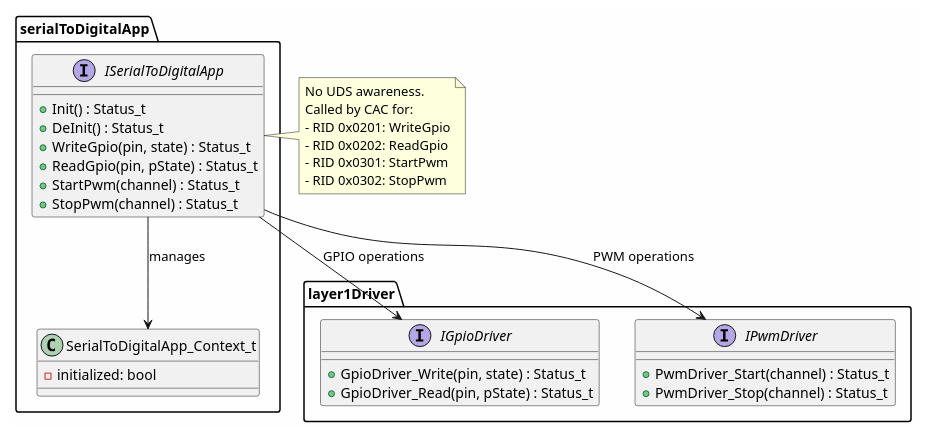
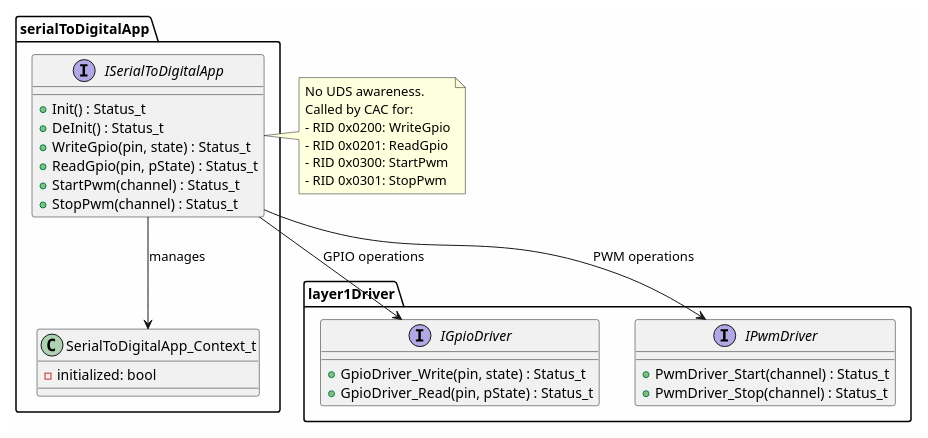
Before and after one commit to LinhTrucVo/Bico_Protocol_Bridge: the diagram in 3_swComp/layer3Application/serialToDigitalApp/2_design/serialToDigitalAppStaticStructure.puml, drawn with PlantUML. The commit also changed 18 other files, not shown here.

```diff
--- a/3_swComp/layer3Application/serialToDigitalApp/2_design/serialToDigitalAppStaticStructure.puml
+++ b/3_swComp/layer3Application/serialToDigitalApp/2_design/serialToDigitalAppStaticStructure.puml
@@ -1,43 +1,43 @@
 @startuml serialToDigitalAppStaticStructure
 skinparam backgroundColor #FEFEFE
 
 package "serialToDigitalApp" {
     interface ISerialToDigitalApp {
         + Init() : Status_t
         + DeInit() : Status_t
         + WriteGpio(pin, state) : Status_t
         + ReadGpio(pin, pState) : Status_t
         + StartPwm(channel) : Status_t
         + StopPwm(channel) : Status_t
     }
 
     class SerialToDigitalApp_Context_t {
         - initialized: bool
     }
 
     ISerialToDigitalApp --> SerialToDigitalApp_Context_t : manages
 }
 
 package "layer1Driver" {
     interface IGpioDriver {
         + GpioDriver_Write(pin, state) : Status_t
         + GpioDriver_Read(pin, pState) : Status_t
     }
     interface IPwmDriver {
         + PwmDriver_Start(channel) : Status_t
         + PwmDriver_Stop(channel) : Status_t
     }
 }
 
 ISerialToDigitalApp --> IGpioDriver : GPIO operations
 ISerialToDigitalApp --> IPwmDriver : PWM operations
 
 note right of ISerialToDigitalApp
   No UDS awareness.
   Called by CAC for:
-  - RID 0x0201: WriteGpio
-  - RID 0x0202: ReadGpio
-  - RID 0x0301: StartPwm
-  - RID 0x0302: StopPwm
+  - RID 0x0200: WriteGpio
+  - RID 0x0201: ReadGpio
+  - RID 0x0300: StartPwm
+  - RID 0x0301: StopPwm
 end note
 @enduml
```
